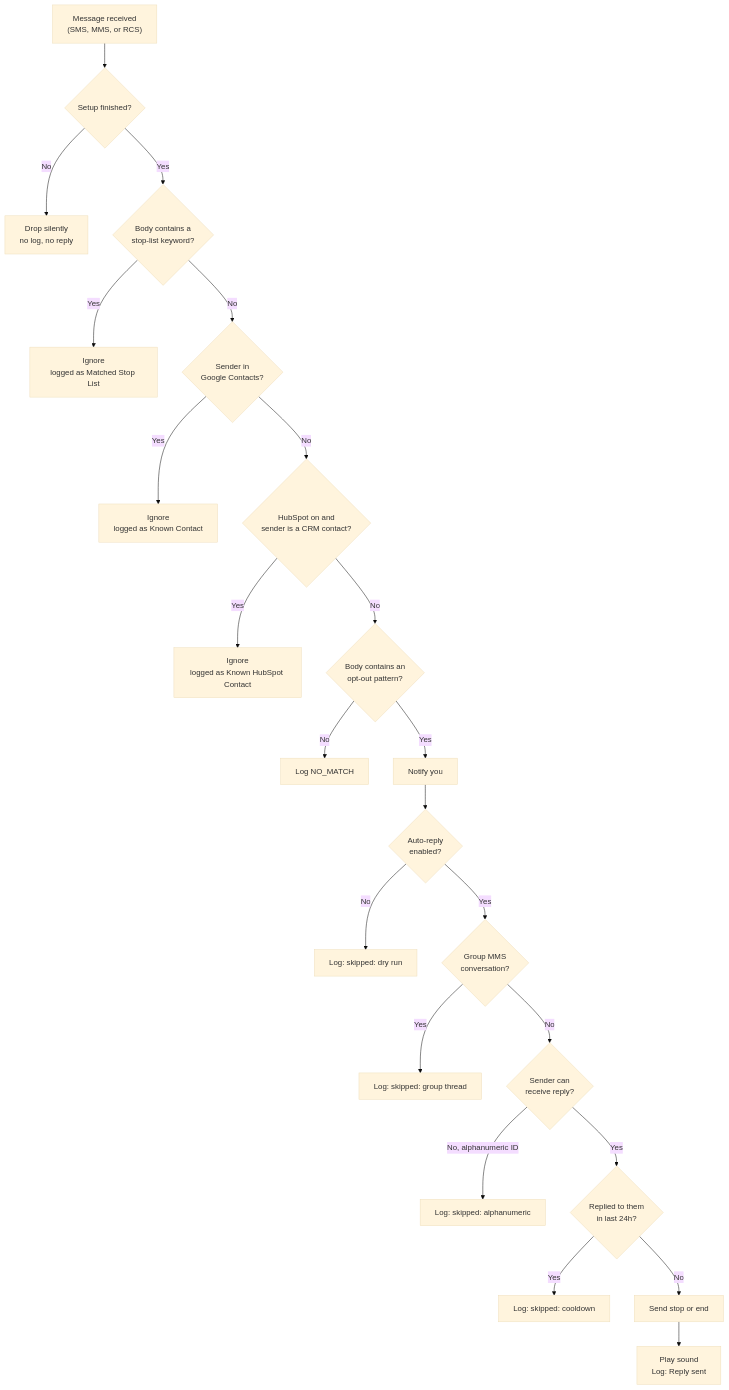
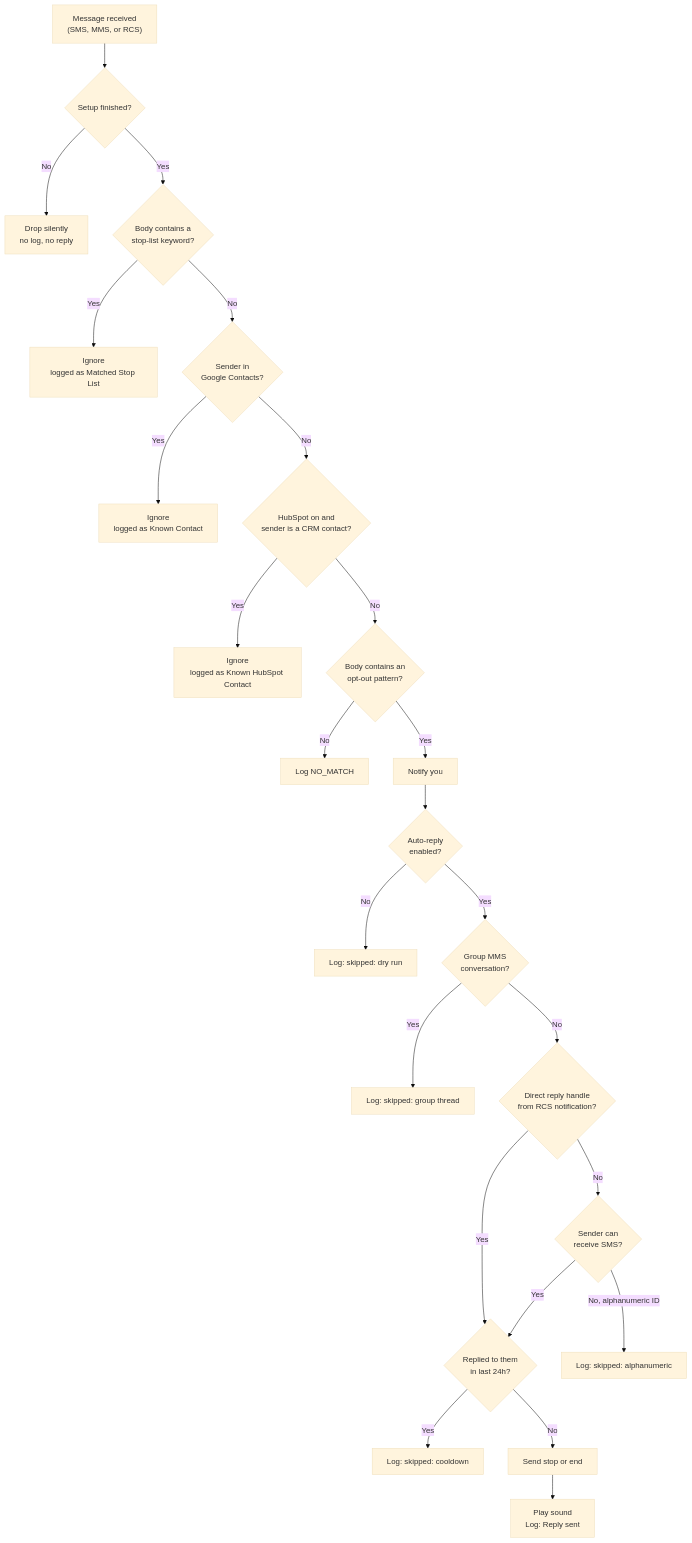
One commit to wgroth2/smsfilter changed the diagram in USER_GUIDE.md. Above: the diagram before and after it, drawn with Mermaid (base theme). The commit also changed 4 other files, not shown here.

````diff
--- a/USER_GUIDE.md
+++ b/USER_GUIDE.md
@@ -91,24 +91,26 @@
 ```mermaid
 graph TD
     A["Message received<br/>(SMS, MMS, or RCS)"] --> B{"Setup finished?"}
     B -- No --> Z1["Drop silently<br/>no log, no reply"]
     B -- Yes --> C{"Body contains a<br/>stop-list keyword?"}
     C -- Yes --> Z2["Ignore<br/>logged as Matched Stop List"]
     C -- No --> D{"Sender in<br/>Google Contacts?"}
     D -- Yes --> Z3["Ignore<br/>logged as Known Contact"]
     D -- No --> E{"HubSpot on and<br/>sender is a CRM contact?"}
     E -- Yes --> Z4["Ignore<br/>logged as Known HubSpot Contact"]
     E -- No --> F{"Body contains an<br/>opt-out pattern?"}
     F -- No --> Z5["Log NO_MATCH"]
     F -- Yes --> G["Notify you"]
     G --> H{"Auto-reply<br/>enabled?"}
     H -- No --> Y1["Log: skipped: dry run"]
     H -- Yes --> I{"Group MMS<br/>conversation?"}
     I -- Yes --> Y2["Log: skipped: group thread"]
-    I -- No --> J{"Sender can<br/>receive reply?"}
-    J -- No, alphanumeric ID --> Y3["Log: skipped: alphanumeric"]
+    I -- No --> J{"Direct reply handle<br/>from RCS notification?"}
     J -- Yes --> K{"Replied to them<br/>in last 24h?"}
+    J -- No --> J2{"Sender can<br/>receive SMS?"}
+    J2 -- No, alphanumeric ID --> Y3["Log: skipped: alphanumeric"]
+    J2 -- Yes --> K
     K -- Yes --> Y4["Log: skipped: cooldown"]
     K -- No --> L["Send stop or end"]
     L --> M["Play sound<br/>Log: Reply sent"]
 ```
````
